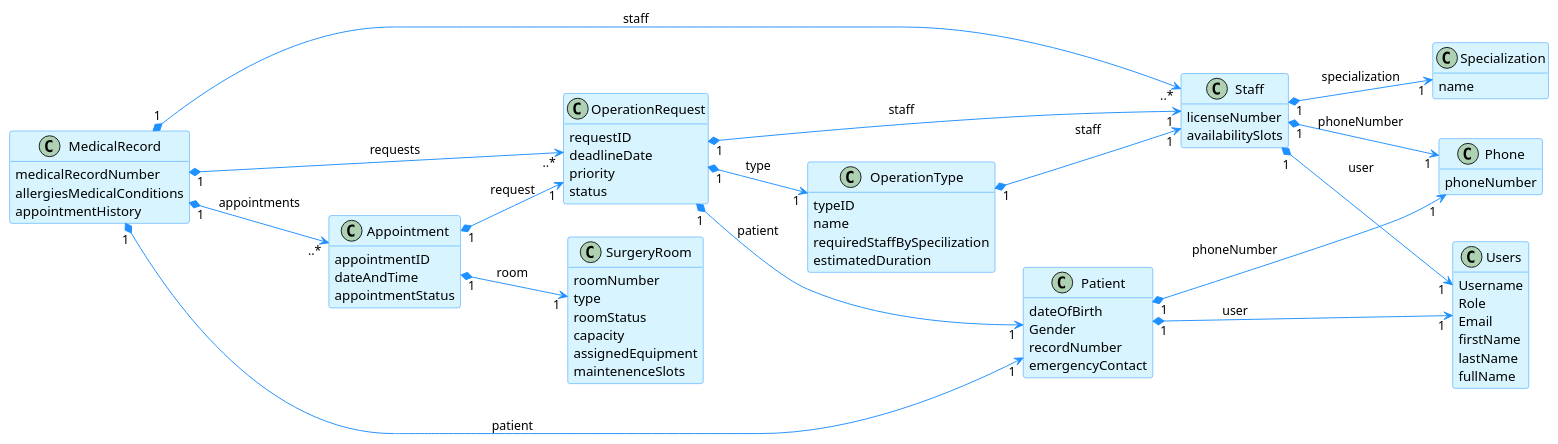
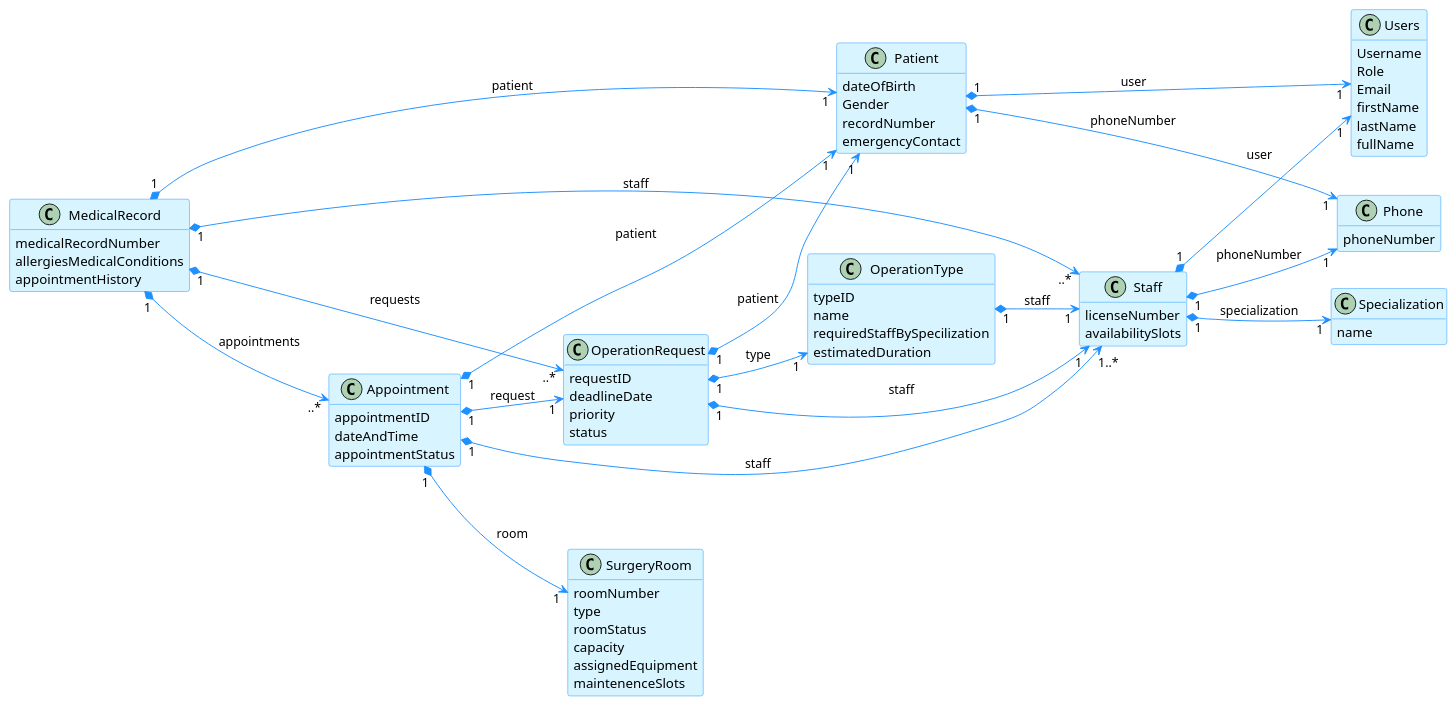
One commit to Ana6363/BackOffice changed the diagram in docs/DomainModel.puml. Above: the diagram before and after it, drawn with PlantUML.

Commit message:
two connections added

```diff
--- a/docs/DomainModel.puml
+++ b/docs/DomainModel.puml
@@ -1,109 +1,112 @@
 @startuml backOfficeModule
 hide methods
 left to right direction
 
 skinparam classAttributeIconSize 0
 
 skinparam class {
     LifeLineBorderColor DodgerBlue
     LifeLineBackgroundColor APPLICATION
     BackgroundColor #D8F5FF
     ArrowColor DodgerBlue
     BorderColor DodgerBlue
 }
 
 skinparam packageStyle rectangle
 
 skinparam card {
     LifeLineBorderColor DodgerBlue
     LifeLineBackgroundColor APPLICATION
     BackgroundColor #D8F5FF
     ArrowColor DodgerBlue
     BorderColor DodgerBlue
 }
 
 class Users{
     Username
     Role
     Email
     firstName
     lastName
     fullName
 }
 
 class Patient{
     dateOfBirth
     Gender
     recordNumber
     emergencyContact
 }
 
 class Staff{
     licenseNumber
     availabilitySlots
 }
 
 class OperationRequest{
     requestID
     deadlineDate
     priority
     status
 }
 
 class OperationType{
     typeID
     name
     requiredStaffBySpecilization
     estimatedDuration
 }
 
 class Phone{
     phoneNumber
 }
 
 class Appointment{
     appointmentID
     dateAndTime
     appointmentStatus
 }
 
 class SurgeryRoom{
     roomNumber
     type
     roomStatus
     capacity
     assignedEquipment
     maintenenceSlots
 }
 
 class Specialization{
     name
 }
 
 class MedicalRecord{
     medicalRecordNumber
     allergiesMedicalConditions
     appointmentHistory
 }
 
 Patient "1" *--> "1" Phone: phoneNumber
 Staff "1" *--> "1" Phone: phoneNumber
 Patient "1" *--> "1" Users: user
 Staff "1" *--> "1" Users: user
 Staff "1" *--> "1" Specialization: specialization
 
 OperationRequest "1" *--> "1" OperationType: type
 OperationRequest "1" *--> "1" Staff: staff
 OperationRequest "1" *--> "1" Patient: patient
 
 OperationType "1" *--> "1" Staff: staff
 
 Appointment "1" *--> "1" SurgeryRoom: room
 Appointment "1" *--> "1" OperationRequest: request
+Appointment "1" *--> "1..*" Staff: staff
+Appointment "1" *--> "1" Patient: patient
+
 
 MedicalRecord "1" *--> "1" Patient: patient
 MedicalRecord "1" *--> "..*" Staff: staff
 MedicalRecord "1" *--> "..*" OperationRequest: requests
 MedicalRecord "1" *--> "..*" Appointment: appointments
 
 @enduml
```
